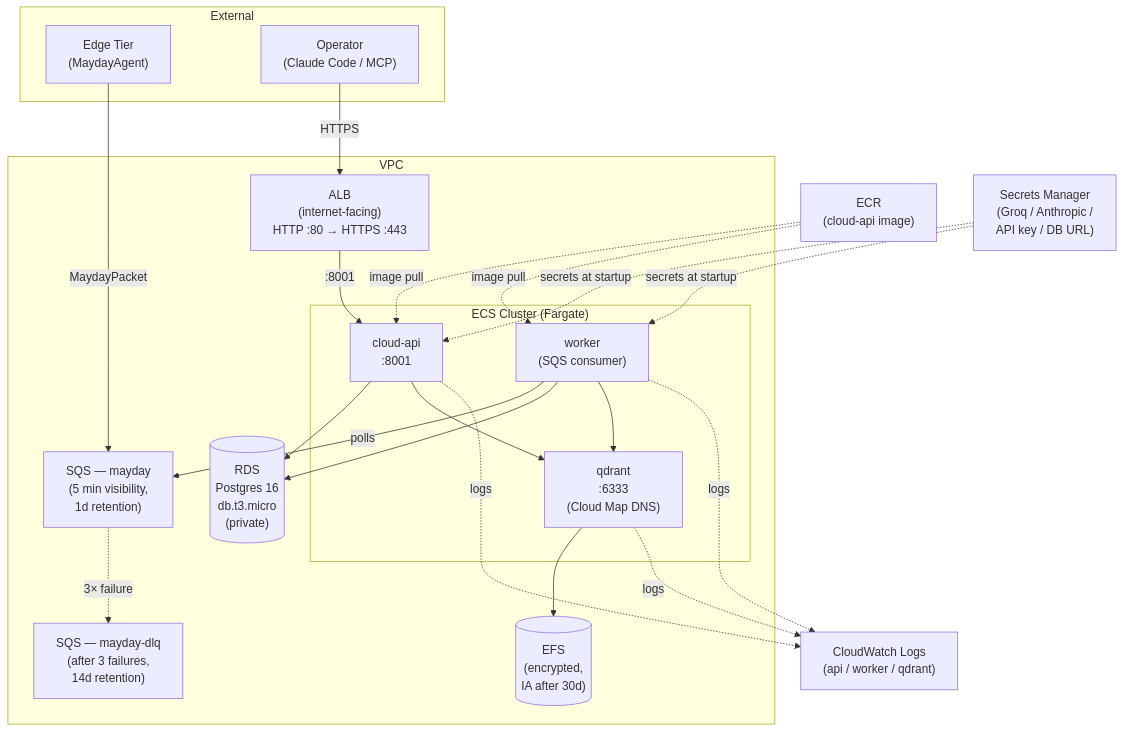
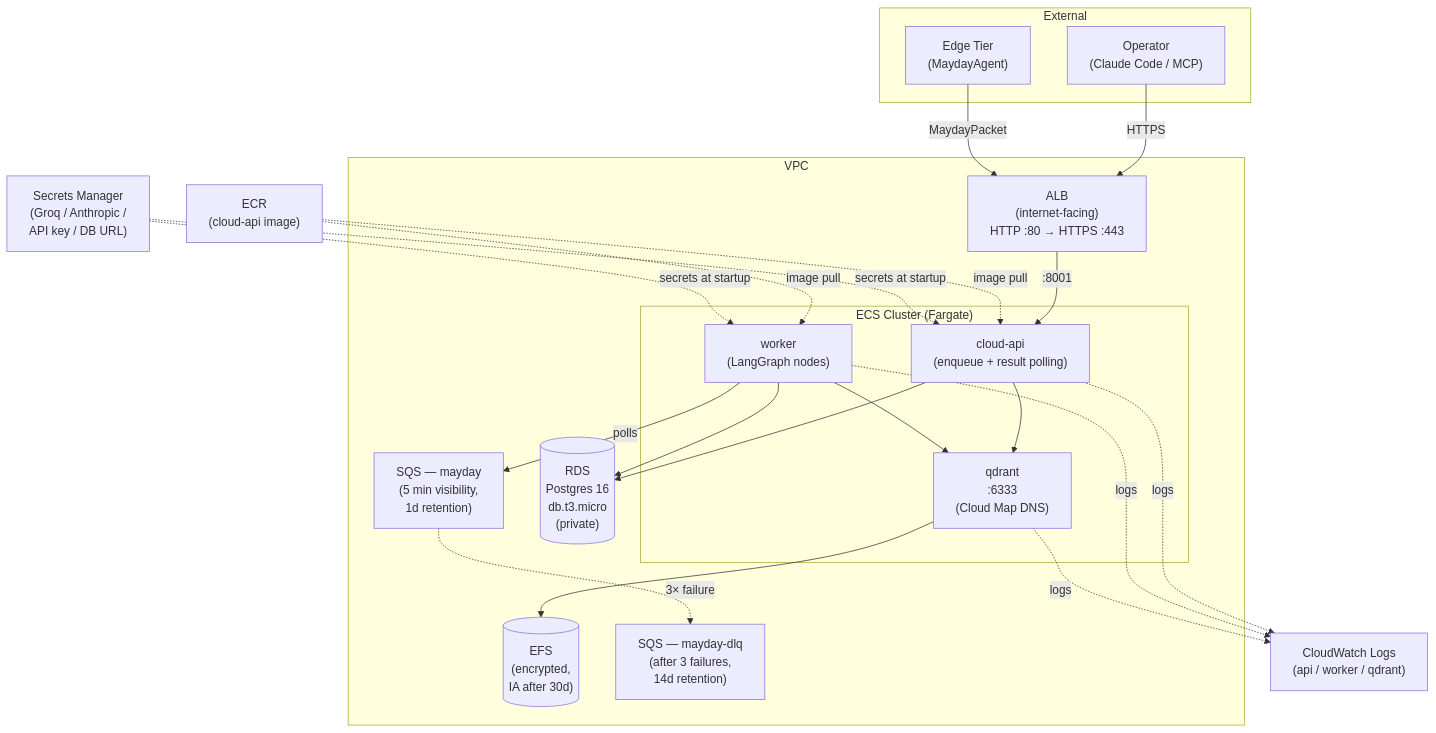
Before and after one commit to anedelkos/cortexguard: the second of 2 diagrams in README.md, drawn with Mermaid. The commit also changed other lines of this file and 2 other files, not shown here.

Commit message:
fix(docs): update cloud diagram and architecture doc

````diff
--- a/README.md
+++ b/README.md
@@ -342,45 +342,45 @@
 ```mermaid
 flowchart TD
     subgraph EXT["External"]
         EDGE["Edge Tier\n(MaydayAgent)"]
         OP["Operator\n(Claude Code / MCP)"]
     end
 
     subgraph VPC["VPC"]
         ALB["ALB\n(internet-facing)\nHTTP :80 → HTTPS :443"]
 
         subgraph CLUSTER["ECS Cluster (Fargate)"]
-            API["cloud-api\n:8001"]
-            WORKER["worker\n(SQS consumer)"]
+            API["cloud-api\n(enqueue + result polling)"]
+            WORKER["worker\n(LangGraph nodes)"]
             QDRANT["qdrant\n:6333\n(Cloud Map DNS)"]
         end
 
         RDS[("RDS\nPostgres 16\ndb.t3.micro\n(private)")]
         EFS[("EFS\n(encrypted,\nIA after 30d)")]
         SQS["SQS — mayday\n(5 min visibility,\n1d retention)"]
         DLQ["SQS — mayday-dlq\n(after 3 failures,\n14d retention)"]
     end
 
     ECR["ECR\n(cloud-api image)"]
     SM["Secrets Manager\n(Groq / Anthropic /\nAPI key / DB URL)"]
     CW["CloudWatch Logs\n(api / worker / qdrant)"]
 
     OP -->|HTTPS| ALB
-    EDGE -->|MaydayPacket| SQS
+    EDGE -->|MaydayPacket| ALB
     ALB -->|:8001| API
     WORKER -->|polls| SQS
     SQS -.->|3× failure| DLQ
     API --> RDS
     API --> QDRANT
     WORKER --> RDS
     WORKER --> QDRANT
     QDRANT --> EFS
 
     ECR -.->|image pull| API
     ECR -.->|image pull| WORKER
     SM -.->|secrets at startup| API
     SM -.->|secrets at startup| WORKER
     API -.->|logs| CW
     WORKER -.->|logs| CW
     QDRANT -.->|logs| CW
 ```
````
